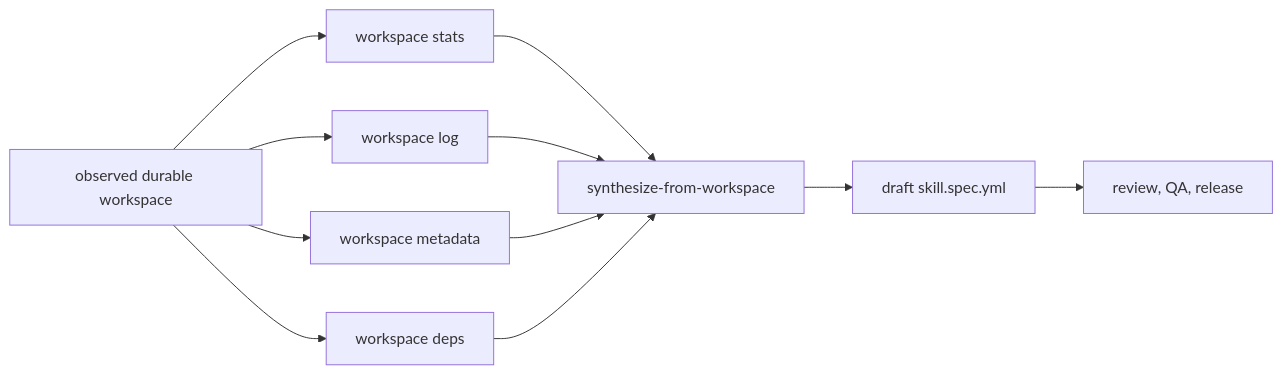
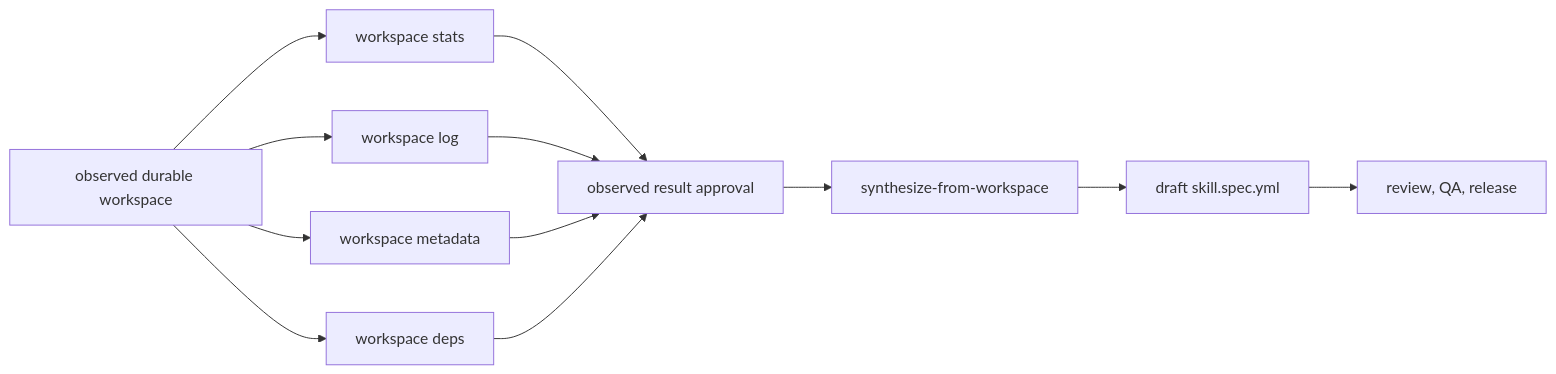
The fifth of 6 diagrams in docs/design/explained/04-durable-executor.md (modiqo/skillspec), drawn with Mermaid before and after one commit. The commit also changed other lines of this file and 8 other files, not shown here.

Commit message:
Fix observed workspace synthesis gating

````diff
--- a/docs/design/explained/04-durable-executor.md
+++ b/docs/design/explained/04-durable-executor.md
@@ -155,13 +155,14 @@
 ```mermaid
 flowchart LR
     A[observed durable workspace] --> B[workspace stats]
     A --> C[workspace log]
     A --> D[workspace metadata]
     A --> E[workspace deps]
-    B --> F[synthesize-from-workspace]
+    B --> F[observed result approval]
     C --> F
     D --> F
     E --> F
-    F --> G[draft skill.spec.yml]
-    G --> H[review, QA, release]
+    F --> G[synthesize-from-workspace]
+    G --> H[draft skill.spec.yml]
+    H --> I[review, QA, release]
 ```
````
